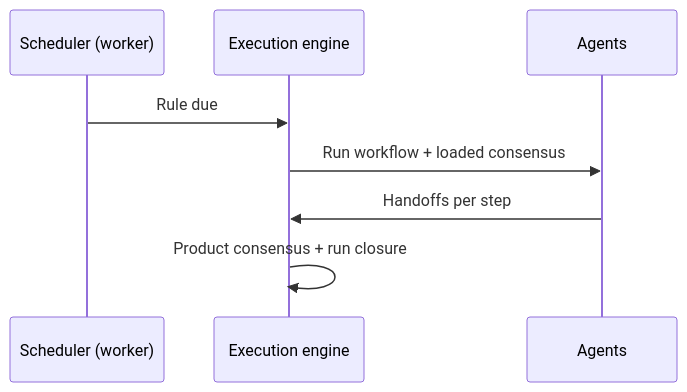
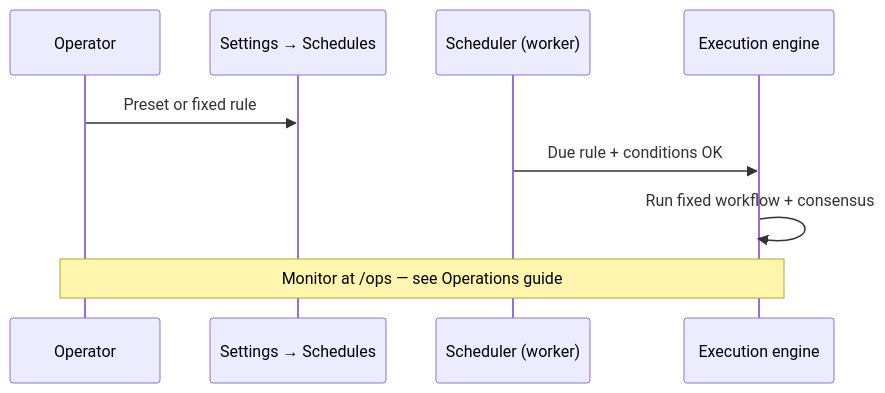
The second of 2 diagrams in frontend/src/content/help/guia-flujos.en.md (kreodevs/ia-company), drawn with Mermaid before and after one commit. The commit also changed other lines of this file and 19 other files, not shown here.

````diff
--- a/frontend/src/content/help/guia-flujos.en.md
+++ b/frontend/src/content/help/guia-flujos.en.md
@@ -70,10 +83,11 @@
 ```mermaid
 sequenceDiagram
+  participant U as Operator
+  participant CFG as Settings → Schedules
   participant S as Scheduler (worker)
   participant W as Execution engine
-  participant A as Agents
-  S->>W: Rule due
-  W->>A: Run workflow + loaded consensus
-  A->>W: Handoffs per step
-  W->>W: Product consensus + run closure
+  U->>CFG: Preset or fixed rule
+  S->>W: Due rule + conditions OK
+  W->>W: Run fixed workflow + consensus
+  Note over U,W: Monitor at /ops — see Operations guide
 ```
````
